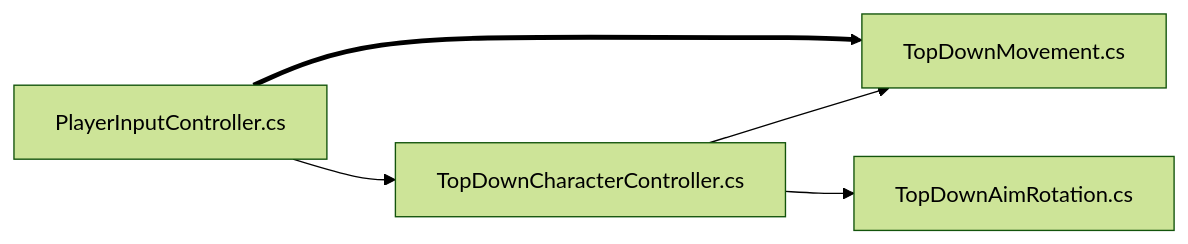
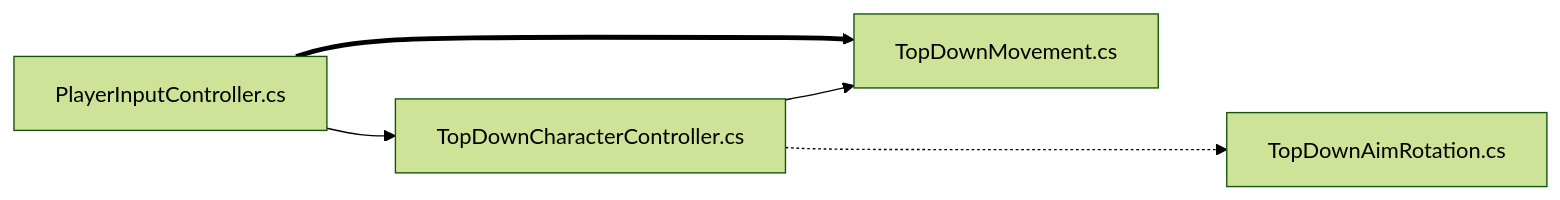
Before and after one commit to s8st/20240314TopDown: the diagram in README.md, drawn with Mermaid (forest theme).

````diff
--- a/README.md
+++ b/README.md
@@ -8,8 +8,8 @@
 ```mermaid
 %% TD : topdown, LR : left right%%
 graph LR;  
-    PlayerInputController.cs==>TopDownMovement.cs;
-    PlayerInputController.cs-->TopDownCharacterController.cs;
-TopDownCharacterController.cs-->TopDownAimRotation.cs 
-    TopDownCharacterController.cs-->TopDownMovement.cs;
+    PlayerInputController.cs==>TopDownMovement.cs  
+    PlayerInputController.cs-->TopDownCharacterController.cs  
+TopDownCharacterController.cs-..->TopDownAimRotation.cs   
+    TopDownCharacterController.cs-->TopDownMovement.cs  
 ```
````
